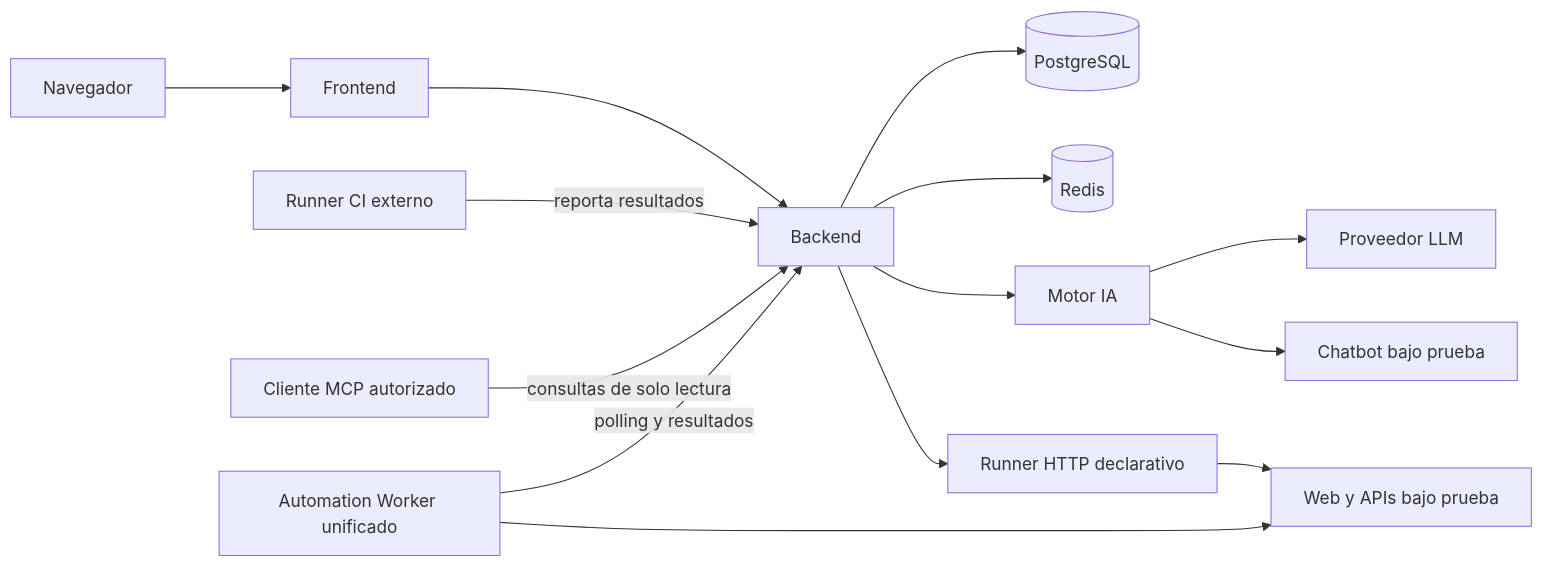
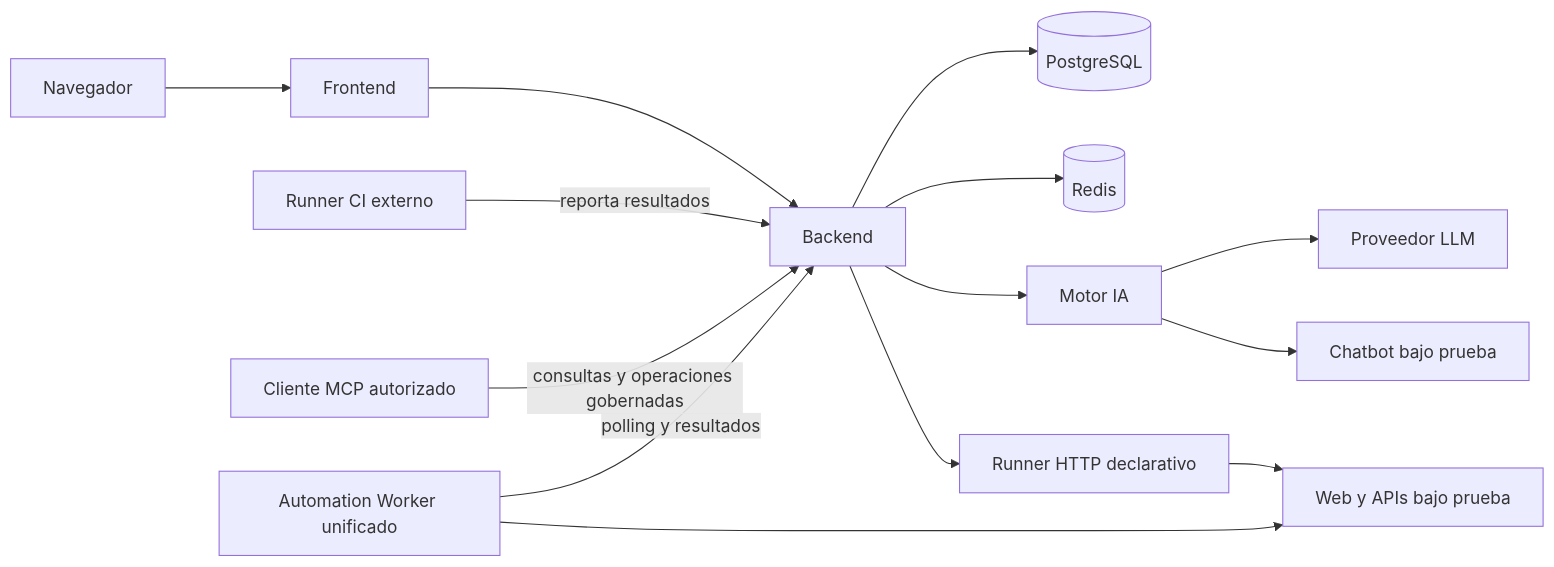
One commit to treseko/treseko-platform changed the diagram in docs/ARCHITECTURE.md. Above: the diagram before and after it, drawn with Mermaid. The commit also changed 10 other files, not shown here.

````diff
--- a/docs/ARCHITECTURE.md
+++ b/docs/ARCHITECTURE.md
@@ -8,16 +8,16 @@
 ```mermaid
 flowchart LR
   U[Navegador] --> F[Frontend]
   CI[Runner CI externo] -->|reporta resultados| B
-  MCP[Cliente MCP autorizado] -->|consultas de solo lectura| B
+  MCP[Cliente MCP autorizado] -->|consultas y operaciones gobernadas| B
   F --> B[Backend]
   B --> P[(PostgreSQL)]
   B --> R[(Redis)]
   B --> E[Motor IA]
   W[Automation Worker unificado] -->|polling y resultados| B
   B --> H[Runner HTTP declarativo]
   E --> L[Proveedor LLM]
   E --> C[Chatbot bajo prueba]
   W --> S[Web y APIs bajo prueba]
   H --> S
 ```
````
